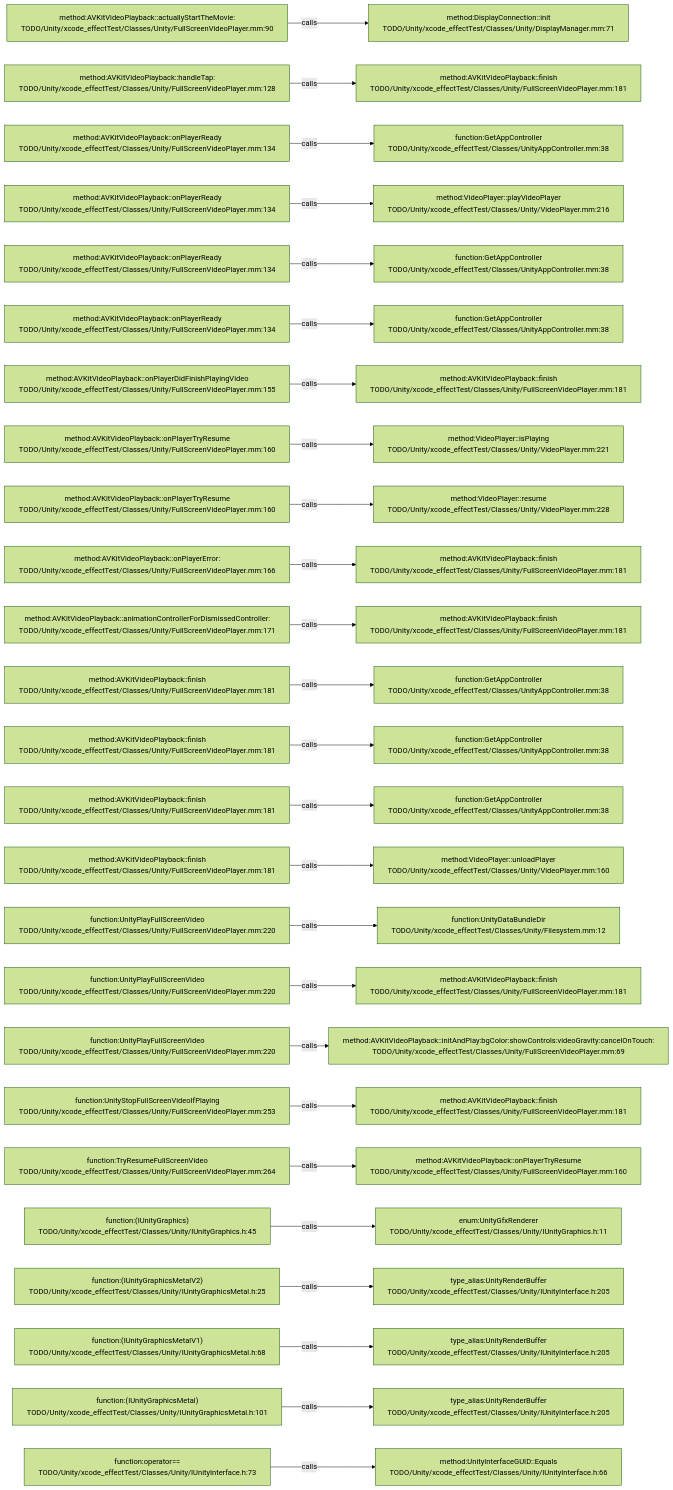
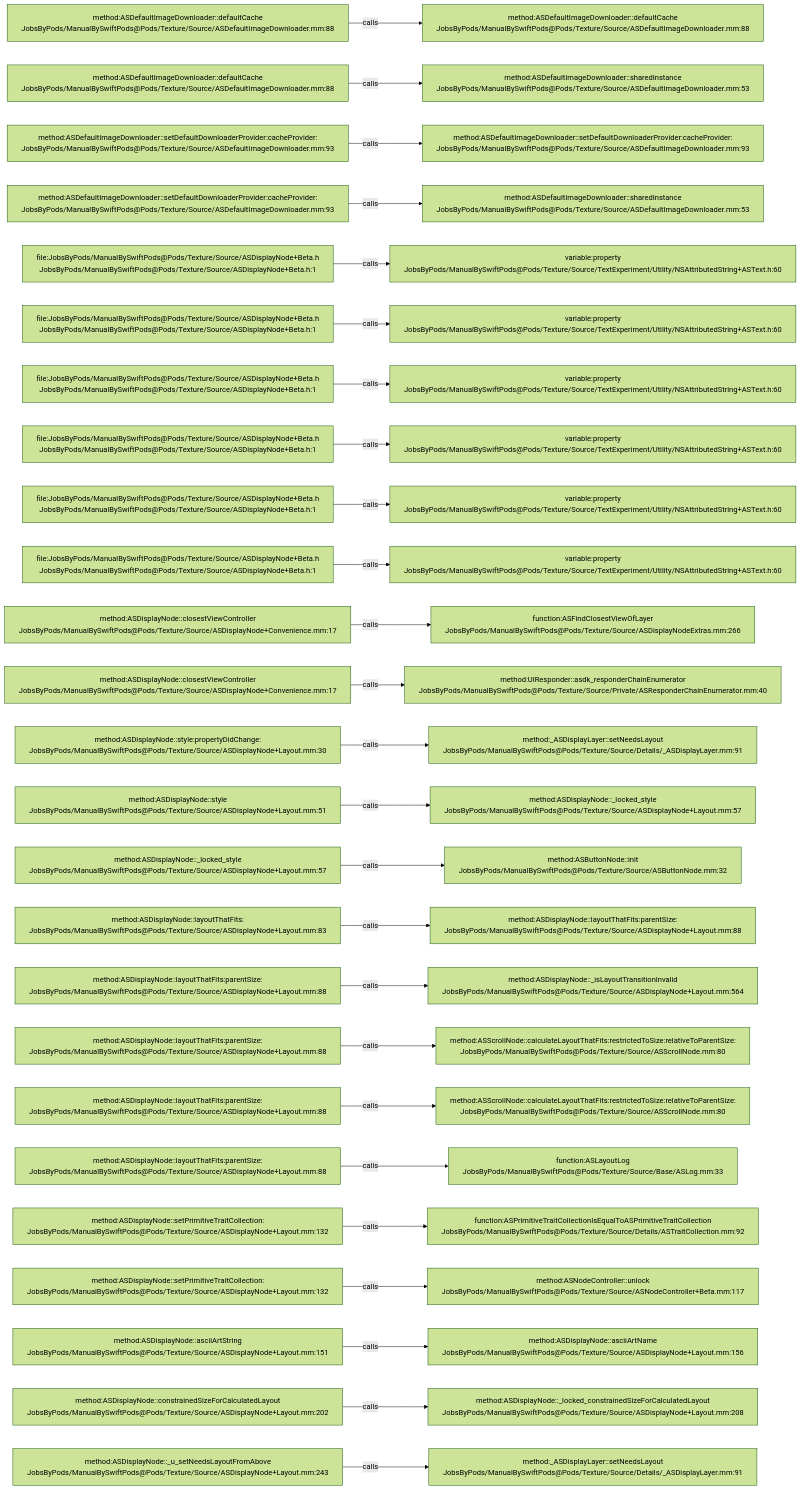
The diagram in .codegraph/codegraph.md/graphs/calls-039.md (JobsKits/JobsSwiftBaseConfigDemo), drawn with Mermaid (forest theme) before and after one commit. The commit also changed 2959 other files, not shown here.

````diff
--- a/.codegraph/codegraph.md/graphs/calls-039.md
+++ b/.codegraph/codegraph.md/graphs/calls-039.md
@@ -13,78 +13,78 @@
 ```mermaid
 flowchart LR
-  S1["method:AVKitVideoPlayback::actuallyStartTheMovie:<br/>TODO/Unity/xcode_effectTest/Classes/Unity/FullScreenVideoPlayer.mm:90"]
-  T1["method:DisplayConnection::init<br/>TODO/Unity/xcode_effectTest/Classes/Unity/DisplayManager.mm:71"]
+  S1["method:ASDefaultImageDownloader::defaultCache<br/>JobsByPods/ManualBySwiftPods@Pods/Texture/Source/ASDefaultImageDownloader.mm:88"]
+  T1["method:ASDefaultImageDownloader::defaultCache<br/>JobsByPods/ManualBySwiftPods@Pods/Texture/Source/ASDefaultImageDownloader.mm:88"]
   S1 -->|calls| T1
-  S2["method:AVKitVideoPlayback::handleTap:<br/>TODO/Unity/xcode_effectTest/Classes/Unity/FullScreenVideoPlayer.mm:128"]
-  T2["method:AVKitVideoPlayback::finish<br/>TODO/Unity/xcode_effectTest/Classes/Unity/FullScreenVideoPlayer.mm:181"]
+  S2["method:ASDefaultImageDownloader::defaultCache<br/>JobsByPods/ManualBySwiftPods@Pods/Texture/Source/ASDefaultImageDownloader.mm:88"]
+  T2["method:ASDefaultImageDownloader::sharedInstance<br/>JobsByPods/ManualBySwiftPods@Pods/Texture/Source/ASDefaultImageDownloader.mm:53"]
   S2 -->|calls| T2
-  S3["method:AVKitVideoPlayback::onPlayerReady<br/>TODO/Unity/xcode_effectTest/Classes/Unity/FullScreenVideoPlayer.mm:134"]
-  T3["function:GetAppController<br/>TODO/Unity/xcode_effectTest/Classes/UnityAppController.mm:38"]
+  S3["method:ASDefaultImageDownloader::setDefaultDownloaderProvider:cacheProvider:<br/>JobsByPods/ManualBySwiftPods@Pods/Texture/Source/ASDefaultImageDownloader.mm:93"]
+  T3["method:ASDefaultImageDownloader::setDefaultDownloaderProvider:cacheProvider:<br/>JobsByPods/ManualBySwiftPods@Pods/Texture/Source/ASDefaultImageDownloader.mm:93"]
   S3 -->|calls| T3
-  S4["method:AVKitVideoPlayback::onPlayerReady<br/>TODO/Unity/xcode_effectTest/Classes/Unity/FullScreenVideoPlayer.mm:134"]
-  T4["method:VideoPlayer::playVideoPlayer<br/>TODO/Unity/xcode_effectTest/Classes/Unity/VideoPlayer.mm:216"]
+  S4["method:ASDefaultImageDownloader::setDefaultDownloaderProvider:cacheProvider:<br/>JobsByPods/ManualBySwiftPods@Pods/Texture/Source/ASDefaultImageDownloader.mm:93"]
+  T4["method:ASDefaultImageDownloader::sharedInstance<br/>JobsByPods/ManualBySwiftPods@Pods/Texture/Source/ASDefaultImageDownloader.mm:53"]
   S4 -->|calls| T4
-  S5["method:AVKitVideoPlayback::onPlayerReady<br/>TODO/Unity/xcode_effectTest/Classes/Unity/FullScreenVideoPlayer.mm:134"]
-  T5["function:GetAppController<br/>TODO/Unity/xcode_effectTest/Classes/UnityAppController.mm:38"]
+  S5["file:JobsByPods/ManualBySwiftPods@Pods/Texture/Source/ASDisplayNode+Beta.h<br/>JobsByPods/ManualBySwiftPods@Pods/Texture/Source/ASDisplayNode+Beta.h:1"]
+  T5["variable:property<br/>JobsByPods/ManualBySwiftPods@Pods/Texture/Source/TextExperiment/Utility/NSAttributedString+ASText.h:60"]
   S5 -->|calls| T5
-  S6["method:AVKitVideoPlayback::onPlayerReady<br/>TODO/Unity/xcode_effectTest/Classes/Unity/FullScreenVideoPlayer.mm:134"]
-  T6["function:GetAppController<br/>TODO/Unity/xcode_effectTest/Classes/UnityAppController.mm:38"]
+  S6["file:JobsByPods/ManualBySwiftPods@Pods/Texture/Source/ASDisplayNode+Beta.h<br/>JobsByPods/ManualBySwiftPods@Pods/Texture/Source/ASDisplayNode+Beta.h:1"]
+  T6["variable:property<br/>JobsByPods/ManualBySwiftPods@Pods/Texture/Source/TextExperiment/Utility/NSAttributedString+ASText.h:60"]
   S6 -->|calls| T6
-  S7["method:AVKitVideoPlayback::onPlayerDidFinishPlayingVideo<br/>TODO/Unity/xcode_effectTest/Classes/Unity/FullScreenVideoPlayer.mm:155"]
-  T7["method:AVKitVideoPlayback::finish<br/>TODO/Unity/xcode_effectTest/Classes/Unity/FullScreenVideoPlayer.mm:181"]
+  S7["file:JobsByPods/ManualBySwiftPods@Pods/Texture/Source/ASDisplayNode+Beta.h<br/>JobsByPods/ManualBySwiftPods@Pods/Texture/Source/ASDisplayNode+Beta.h:1"]
+  T7["variable:property<br/>JobsByPods/ManualBySwiftPods@Pods/Texture/Source/TextExperiment/Utility/NSAttributedString+ASText.h:60"]
   S7 -->|calls| T7
-  S8["method:AVKitVideoPlayback::onPlayerTryResume<br/>TODO/Unity/xcode_effectTest/Classes/Unity/FullScreenVideoPlayer.mm:160"]
-  T8["method:VideoPlayer::isPlaying<br/>TODO/Unity/xcode_effectTest/Classes/Unity/VideoPlayer.mm:221"]
+  S8["file:JobsByPods/ManualBySwiftPods@Pods/Texture/Source/ASDisplayNode+Beta.h<br/>JobsByPods/ManualBySwiftPods@Pods/Texture/Source/ASDisplayNode+Beta.h:1"]
+  T8["variable:property<br/>JobsByPods/ManualBySwiftPods@Pods/Texture/Source/TextExperiment/Utility/NSAttributedString+ASText.h:60"]
   S8 -->|calls| T8
-  S9["method:AVKitVideoPlayback::onPlayerTryResume<br/>TODO/Unity/xcode_effectTest/Classes/Unity/FullScreenVideoPlayer.mm:160"]
-  T9["method:VideoPlayer::resume<br/>TODO/Unity/xcode_effectTest/Classes/Unity/VideoPlayer.mm:228"]
+  S9["file:JobsByPods/ManualBySwiftPods@Pods/Texture/Source/ASDisplayNode+Beta.h<br/>JobsByPods/ManualBySwiftPods@Pods/Texture/Source/ASDisplayNode+Beta.h:1"]
+  T9["variable:property<br/>JobsByPods/ManualBySwiftPods@Pods/Texture/Source/TextExperiment/Utility/NSAttributedString+ASText.h:60"]
   S9 -->|calls| T9
-  S10["method:AVKitVideoPlayback::onPlayerError:<br/>TODO/Unity/xcode_effectTest/Classes/Unity/FullScreenVideoPlayer.mm:166"]
-  T10["method:AVKitVideoPlayback::finish<br/>TODO/Unity/xcode_effectTest/Classes/Unity/FullScreenVideoPlayer.mm:181"]
+  S10["file:JobsByPods/ManualBySwiftPods@Pods/Texture/Source/ASDisplayNode+Beta.h<br/>JobsByPods/ManualBySwiftPods@Pods/Texture/Source/ASDisplayNode+Beta.h:1"]
+  T10["variable:property<br/>JobsByPods/ManualBySwiftPods@Pods/Texture/Source/TextExperiment/Utility/NSAttributedString+ASText.h:60"]
   S10 -->|calls| T10
-  S11["method:AVKitVideoPlayback::animationControllerForDismissedController:<br/>TODO/Unity/xcode_effectTest/Classes/Unity/FullScreenVideoPlayer.mm:171"]
-  T11["method:AVKitVideoPlayback::finish<br/>TODO/Unity/xcode_effectTest/Classes/Unity/FullScreenVideoPlayer.mm:181"]
+  S11["method:ASDisplayNode::closestViewController<br/>JobsByPods/ManualBySwiftPods@Pods/Texture/Source/ASDisplayNode+Convenience.mm:17"]
+  T11["function:ASFindClosestViewOfLayer<br/>JobsByPods/ManualBySwiftPods@Pods/Texture/Source/ASDisplayNodeExtras.mm:266"]
   S11 -->|calls| T11
-  S12["method:AVKitVideoPlayback::finish<br/>TODO/Unity/xcode_effectTest/Classes/Unity/FullScreenVideoPlayer.mm:181"]
-  T12["function:GetAppController<br/>TODO/Unity/xcode_effectTest/Classes/UnityAppController.mm:38"]
+  S12["method:ASDisplayNode::closestViewController<br/>JobsByPods/ManualBySwiftPods@Pods/Texture/Source/ASDisplayNode+Convenience.mm:17"]
+  T12["method:UIResponder::asdk_responderChainEnumerator<br/>JobsByPods/ManualBySwiftPods@Pods/Texture/Source/Private/ASResponderChainEnumerator.mm:40"]
   S12 -->|calls| T12
-  S13["method:AVKitVideoPlayback::finish<br/>TODO/Unity/xcode_effectTest/Classes/Unity/FullScreenVideoPlayer.mm:181"]
-  T13["function:GetAppController<br/>TODO/Unity/xcode_effectTest/Classes/UnityAppController.mm:38"]
+  S13["method:ASDisplayNode::style:propertyDidChange:<br/>JobsByPods/ManualBySwiftPods@Pods/Texture/Source/ASDisplayNode+Layout.mm:30"]
+  T13["method:_ASDisplayLayer::setNeedsLayout<br/>JobsByPods/ManualBySwiftPods@Pods/Texture/Source/Details/_ASDisplayLayer.mm:91"]
   S13 -->|calls| T13
-  S14["method:AVKitVideoPlayback::finish<br/>TODO/Unity/xcode_effectTest/Classes/Unity/FullScreenVideoPlayer.mm:181"]
-  T14["function:GetAppController<br/>TODO/Unity/xcode_effectTest/Classes/UnityAppController.mm:38"]
+  S14["method:ASDisplayNode::style<br/>JobsByPods/ManualBySwiftPods@Pods/Texture/Source/ASDisplayNode+Layout.mm:51"]
+  T14["method:ASDisplayNode::_locked_style<br/>JobsByPods/ManualBySwiftPods@Pods/Texture/Source/ASDisplayNode+Layout.mm:57"]
   S14 -->|calls| T14
-  S15["method:AVKitVideoPlayback::finish<br/>TODO/Unity/xcode_effectTest/Classes/Unity/FullScreenVideoPlayer.mm:181"]
-  T15["method:VideoPlayer::unloadPlayer<br/>TODO/Unity/xcode_effectTest/Classes/Unity/VideoPlayer.mm:160"]
+  S15["method:ASDisplayNode::_locked_style<br/>JobsByPods/ManualBySwiftPods@Pods/Texture/Source/ASDisplayNode+Layout.mm:57"]
+  T15["method:ASButtonNode::init<br/>JobsByPods/ManualBySwiftPods@Pods/Texture/Source/ASButtonNode.mm:32"]
   S15 -->|calls| T15
-  S16["function:UnityPlayFullScreenVideo<br/>TODO/Unity/xcode_effectTest/Classes/Unity/FullScreenVideoPlayer.mm:220"]
-  T16["function:UnityDataBundleDir<br/>TODO/Unity/xcode_effectTest/Classes/Unity/Filesystem.mm:12"]
+  S16["method:ASDisplayNode::layoutThatFits:<br/>JobsByPods/ManualBySwiftPods@Pods/Texture/Source/ASDisplayNode+Layout.mm:83"]
+  T16["method:ASDisplayNode::layoutThatFits:parentSize:<br/>JobsByPods/ManualBySwiftPods@Pods/Texture/Source/ASDisplayNode+Layout.mm:88"]
   S16 -->|calls| T16
-  S17["function:UnityPlayFullScreenVideo<br/>TODO/Unity/xcode_effectTest/Classes/Unity/FullScreenVideoPlayer.mm:220"]
-  T17["method:AVKitVideoPlayback::finish<br/>TODO/Unity/xcode_effectTest/Classes/Unity/FullScreenVideoPlayer.mm:181"]
+  S17["method:ASDisplayNode::layoutThatFits:parentSize:<br/>JobsByPods/ManualBySwiftPods@Pods/Texture/Source/ASDisplayNode+Layout.mm:88"]
+  T17["method:ASDisplayNode::_isLayoutTransitionInvalid<br/>JobsByPods/ManualBySwiftPods@Pods/Texture/Source/ASDisplayNode+Layout.mm:564"]
   S17 -->|calls| T17
-  S18["function:UnityPlayFullScreenVideo<br/>TODO/Unity/xcode_effectTest/Classes/Unity/FullScreenVideoPlayer.mm:220"]
-  T18["method:AVKitVideoPlayback::initAndPlay:bgColor:showControls:videoGravity:cancelOnTouch:<br/>TODO/Unity/xcode_effectTest/Classes/Unity/FullScreenVideoPlayer.mm:69"]
+  S18["method:ASDisplayNode::layoutThatFits:parentSize:<br/>JobsByPods/ManualBySwiftPods@Pods/Texture/Source/ASDisplayNode+Layout.mm:88"]
+  T18["method:ASScrollNode::calculateLayoutThatFits:restrictedToSize:relativeToParentSize:<br/>JobsByPods/ManualBySwiftPods@Pods/Texture/Source/ASScrollNode.mm:80"]
   S18 -->|calls| T18
-  S19["function:UnityStopFullScreenVideoIfPlaying<br/>TODO/Unity/xcode_effectTest/Classes/Unity/FullScreenVideoPlayer.mm:253"]
-  T19["method:AVKitVideoPlayback::finish<br/>TODO/Unity/xcode_effectTest/Classes/Unity/FullScreenVideoPlayer.mm:181"]
+  S19["method:ASDisplayNode::layoutThatFits:parentSize:<br/>JobsByPods/ManualBySwiftPods@Pods/Texture/Source/ASDisplayNode+Layout.mm:88"]
+  T19["method:ASScrollNode::calculateLayoutThatFits:restrictedToSize:relativeToParentSize:<br/>JobsByPods/ManualBySwiftPods@Pods/Texture/Source/ASScrollNode.mm:80"]
   S19 -->|calls| T19
-  S20["function:TryResumeFullScreenVideo<br/>TODO/Unity/xcode_effectTest/Classes/Unity/FullScreenVideoPlayer.mm:264"]
-  T20["method:AVKitVideoPlayback::onPlayerTryResume<br/>TODO/Unity/xcode_effectTest/Classes/Unity/FullScreenVideoPlayer.mm:160"]
+  S20["method:ASDisplayNode::layoutThatFits:parentSize:<br/>JobsByPods/ManualBySwiftPods@Pods/Texture/Source/ASDisplayNode+Layout.mm:88"]
+  T20["function:ASLayoutLog<br/>JobsByPods/ManualBySwiftPods@Pods/Texture/Source/Base/ASLog.mm:33"]
   S20 -->|calls| T20
-  S21["function:(IUnityGraphics)<br/>TODO/Unity/xcode_effectTest/Classes/Unity/IUnityGraphics.h:45"]
-  T21["enum:UnityGfxRenderer<br/>TODO/Unity/xcode_effectTest/Classes/Unity/IUnityGraphics.h:11"]
+  S21["method:ASDisplayNode::setPrimitiveTraitCollection:<br/>JobsByPods/ManualBySwiftPods@Pods/Texture/Source/ASDisplayNode+Layout.mm:132"]
+  T21["function:ASPrimitiveTraitCollectionIsEqualToASPrimitiveTraitCollection<br/>JobsByPods/ManualBySwiftPods@Pods/Texture/Source/Details/ASTraitCollection.mm:92"]
   S21 -->|calls| T21
-  S22["function:(IUnityGraphicsMetalV2)<br/>TODO/Unity/xcode_effectTest/Classes/Unity/IUnityGraphicsMetal.h:25"]
-  T22["type_alias:UnityRenderBuffer<br/>TODO/Unity/xcode_effectTest/Classes/Unity/IUnityInterface.h:205"]
+  S22["method:ASDisplayNode::setPrimitiveTraitCollection:<br/>JobsByPods/ManualBySwiftPods@Pods/Texture/Source/ASDisplayNode+Layout.mm:132"]
+  T22["method:ASNodeController::unlock<br/>JobsByPods/ManualBySwiftPods@Pods/Texture/Source/ASNodeController+Beta.mm:117"]
   S22 -->|calls| T22
-  S23["function:(IUnityGraphicsMetalV1)<br/>TODO/Unity/xcode_effectTest/Classes/Unity/IUnityGraphicsMetal.h:68"]
-  T23["type_alias:UnityRenderBuffer<br/>TODO/Unity/xcode_effectTest/Classes/Unity/IUnityInterface.h:205"]
+  S23["method:ASDisplayNode::asciiArtString<br/>JobsByPods/ManualBySwiftPods@Pods/Texture/Source/ASDisplayNode+Layout.mm:151"]
+  T23["method:ASDisplayNode::asciiArtName<br/>JobsByPods/ManualBySwiftPods@Pods/Texture/Source/ASDisplayNode+Layout.mm:156"]
   S23 -->|calls| T23
-  S24["function:(IUnityGraphicsMetal)<br/>TODO/Unity/xcode_effectTest/Classes/Unity/IUnityGraphicsMetal.h:101"]
-  T24["type_alias:UnityRenderBuffer<br/>TODO/Unity/xcode_effectTest/Classes/Unity/IUnityInterface.h:205"]
+  S24["method:ASDisplayNode::constrainedSizeForCalculatedLayout<br/>JobsByPods/ManualBySwiftPods@Pods/Texture/Source/ASDisplayNode+Layout.mm:202"]
+  T24["method:ASDisplayNode::_locked_constrainedSizeForCalculatedLayout<br/>JobsByPods/ManualBySwiftPods@Pods/Texture/Source/ASDisplayNode+Layout.mm:208"]
   S24 -->|calls| T24
-  S25["function:operator==<br/>TODO/Unity/xcode_effectTest/Classes/Unity/IUnityInterface.h:73"]
-  T25["method:UnityInterfaceGUID::Equals<br/>TODO/Unity/xcode_effectTest/Classes/Unity/IUnityInterface.h:66"]
+  S25["method:ASDisplayNode::_u_setNeedsLayoutFromAbove<br/>JobsByPods/ManualBySwiftPods@Pods/Texture/Source/ASDisplayNode+Layout.mm:243"]
+  T25["method:_ASDisplayLayer::setNeedsLayout<br/>JobsByPods/ManualBySwiftPods@Pods/Texture/Source/Details/_ASDisplayLayer.mm:91"]
   S25 -->|calls| T25
 ```
````
